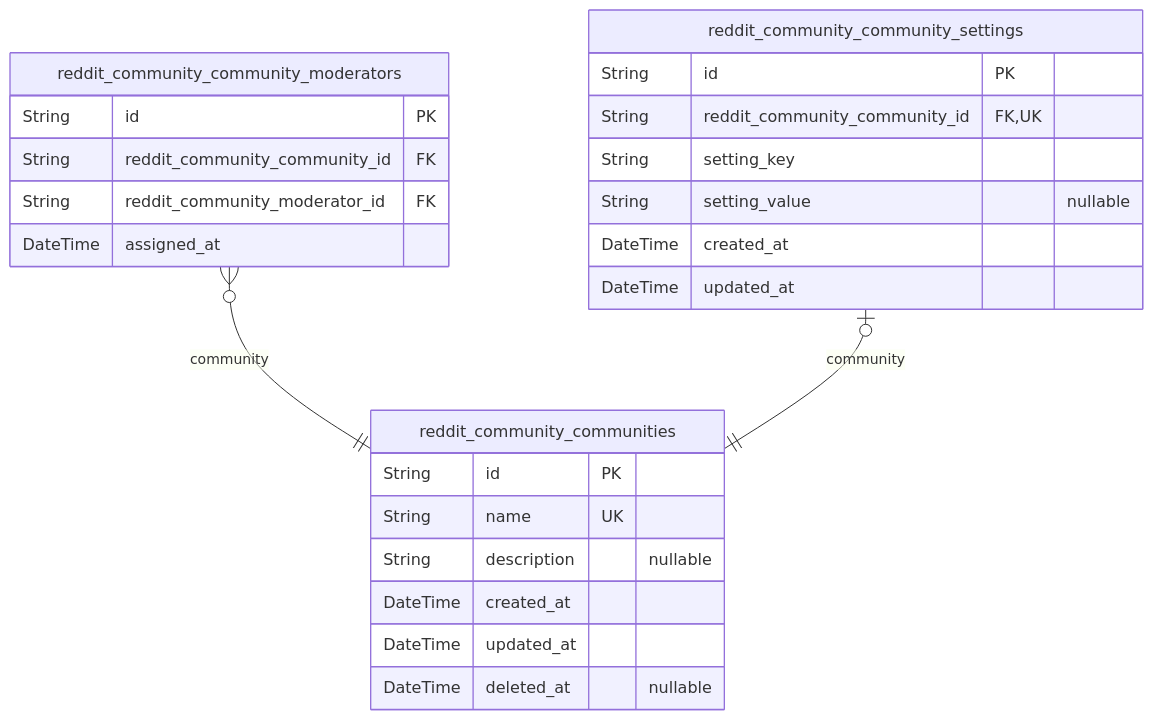
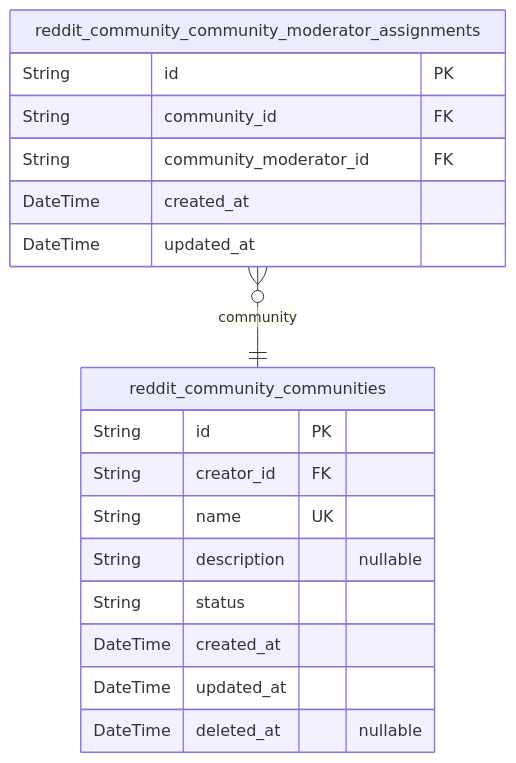
The third of 9 diagrams in openai/gpt-4.1-mini/reddit/docs/ERD.md (wrtnlabs/autobe-examples), drawn with Mermaid before and after one commit. The commit also changed other lines of this file and 22498 other files, not shown here.

````diff
--- a/openai/gpt-4.1-mini/reddit/docs/ERD.md
+++ b/openai/gpt-4.1-mini/reddit/docs/ERD.md
@@ -269,27 +251,21 @@
 ```mermaid
 erDiagram
 "reddit_community_communities" {
   String id PK
+  String creator_id FK
   String name UK
   String description "nullable"
+  String status
   DateTime created_at
   DateTime updated_at
   DateTime deleted_at "nullable"
 }
-"reddit_community_community_moderators" {
+"reddit_community_community_moderator_assignments" {
   String id PK
-  String reddit_community_community_id FK
-  String reddit_community_moderator_id FK
-  DateTime assigned_at
-}
-"reddit_community_community_settings" {
-  String id PK
-  String reddit_community_community_id FK,UK
-  String setting_key
-  String setting_value "nullable"
+  String community_id FK
+  String community_moderator_id FK
   DateTime created_at
   DateTime updated_at
 }
-"reddit_community_community_moderators" }o--|| "reddit_community_communities" : community
-"reddit_community_community_settings" |o--|| "reddit_community_communities" : community
+"reddit_community_community_moderator_assignments" }o--|| "reddit_community_communities" : community
 ```
````
